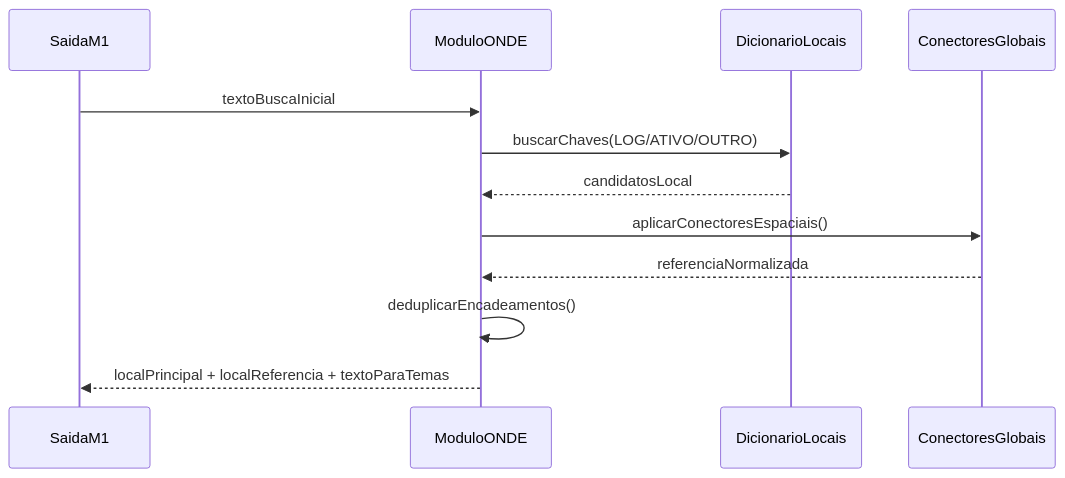
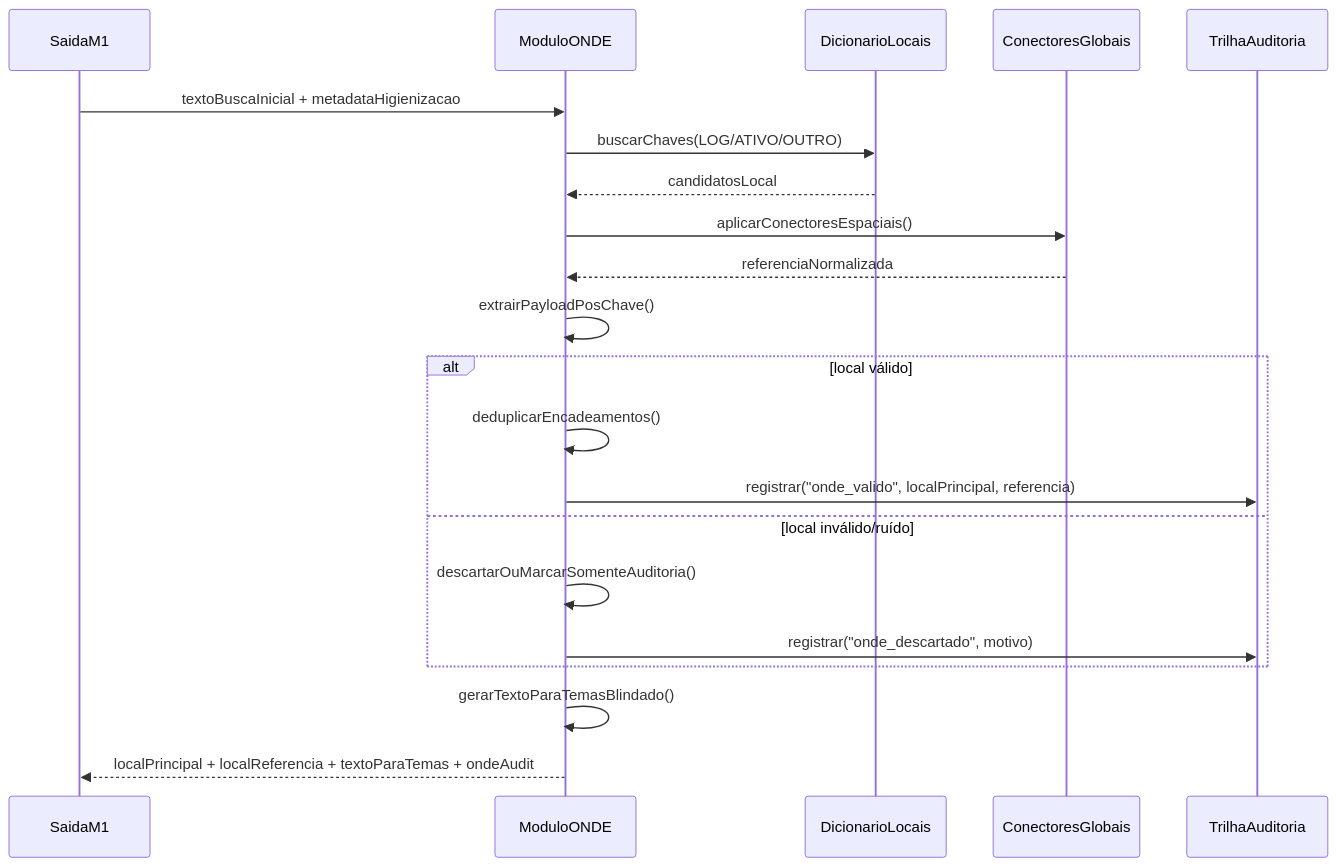
The diagram in apendice_tecnico/diagramas/M2M3_sequencia_onde.mmd (HeltonBr/TDE-Git), drawn with Mermaid before and after one commit. The commit also changed 5 other files, not shown here.

Commit message:
docs: padronizar DT-02/03/04/06 com trilha de decisão e auditoria

```diff
--- a/apendice_tecnico/diagramas/M2M3_sequencia_onde.mmd
+++ b/apendice_tecnico/diagramas/M2M3_sequencia_onde.mmd
@@ -1,12 +1,24 @@
 sequenceDiagram
     participant M1 as SaidaM1
     participant ONDE as ModuloONDE
     participant LOC as DicionarioLocais
     participant CG as ConectoresGlobais
-    M1->>ONDE: textoBuscaInicial
+    participant AUD as TrilhaAuditoria
+
+    M1->>ONDE: textoBuscaInicial + metadataHigienizacao
     ONDE->>LOC: buscarChaves(LOG/ATIVO/OUTRO)
     LOC-->>ONDE: candidatosLocal
     ONDE->>CG: aplicarConectoresEspaciais()
     CG-->>ONDE: referenciaNormalizada
-    ONDE->>ONDE: deduplicarEncadeamentos()
-    ONDE-->>M1: localPrincipal + localReferencia + textoParaTemas
+    ONDE->>ONDE: extrairPayloadPosChave()
+
+    alt local válido
+      ONDE->>ONDE: deduplicarEncadeamentos()
+      ONDE->>AUD: registrar("onde_valido", localPrincipal, referencia)
+    else local inválido/ruído
+      ONDE->>ONDE: descartarOuMarcarSomenteAuditoria()
+      ONDE->>AUD: registrar("onde_descartado", motivo)
+    end
+
+    ONDE->>ONDE: gerarTextoParaTemasBlindado()
+    ONDE-->>M1: localPrincipal + localReferencia + textoParaTemas + ondeAudit
```
